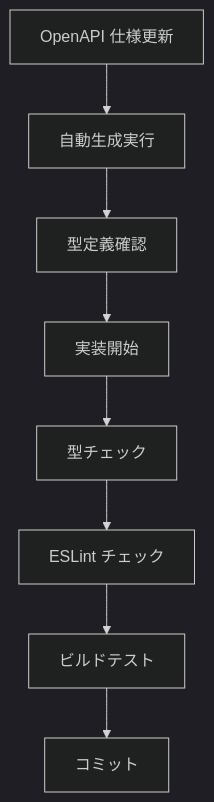
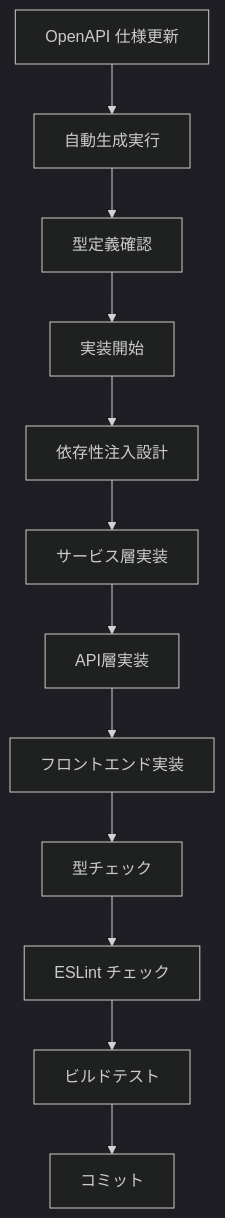
One commit to 248/my-project-template changed the diagram in docs/meta/implementation-guidelines.md. Above: the diagram before and after it, drawn with Mermaid (dark theme). The commit also changed other lines of this file and 18 other files, not shown here.

````diff
--- a/docs/meta/implementation-guidelines.md
+++ b/docs/meta/implementation-guidelines.md
@@ -165,10 +394,14 @@
 ```mermaid
 graph TD
     A[OpenAPI 仕様更新] --> B[自動生成実行]
     B --> C[型定義確認]
     C --> D[実装開始]
-    D --> E[型チェック]
-    E --> F[ESLint チェック]
-    F --> G[ビルドテスト]
-    G --> H[コミット]
+    D --> E[依存性注入設計]
+    E --> F[サービス層実装]
+    F --> G[API層実装]
+    G --> H[フロントエンド実装]
+    H --> I[型チェック]
+    I --> J[ESLint チェック]
+    J --> K[ビルドテスト]
+    K --> L[コミット]
 ```
````
